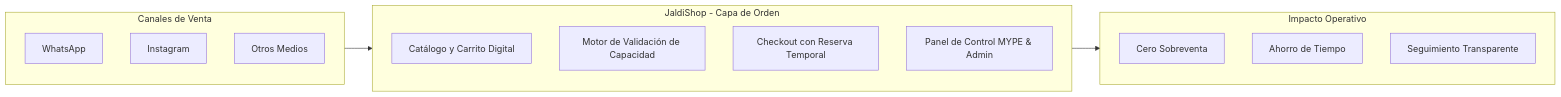
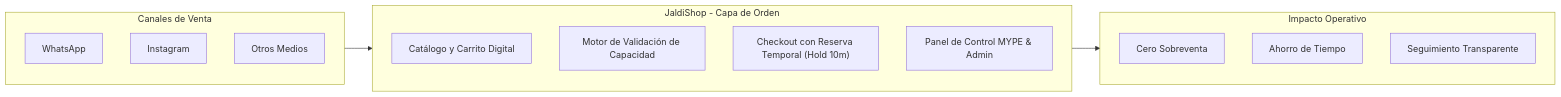
Before and after one commit to iJosueeh/jaldishop: the first of 2 diagrams in README.md, drawn with Mermaid. The commit also changed other lines of this file, not shown here.

Commit message:
docs(readme): actualizar roadmap a sprint 4, metricas de tests y estructura con frontend-marketplace

````diff
--- a/README.md
+++ b/README.md
@@ -24,24 +24,24 @@
 ```mermaid
 flowchart LR
     subgraph CLIENTES["Canales de Venta"]
         W[WhatsApp]
         I[Instagram]
         O[Otros Medios]
     end
 
     subgraph PLATAFORMA["JaldiShop - Capa de Orden"]
         direction TB
         C1["Catálogo y Carrito Digital"]
         C2["Motor de Validación de Capacidad"]
-        C3["Checkout con Reserva Temporal"]
+        C3["Checkout con Reserva Temporal (Hold 10m)"]
         C4["Panel de Control MYPE & Admin"]
     end
 
     subgraph BENEFICIOS["Impacto Operativo"]
         B1["Cero Sobreventa"]
         B2["Ahorro de Tiempo"]
         B3["Seguimiento Transparente"]
     end
 
     CLIENTES --> PLATAFORMA --> BENEFICIOS
 ```
````
